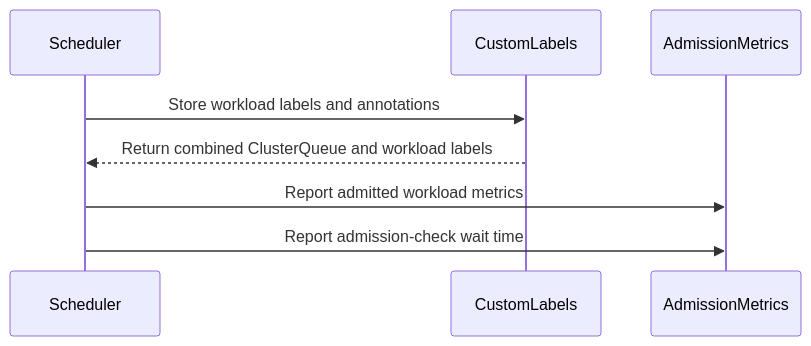
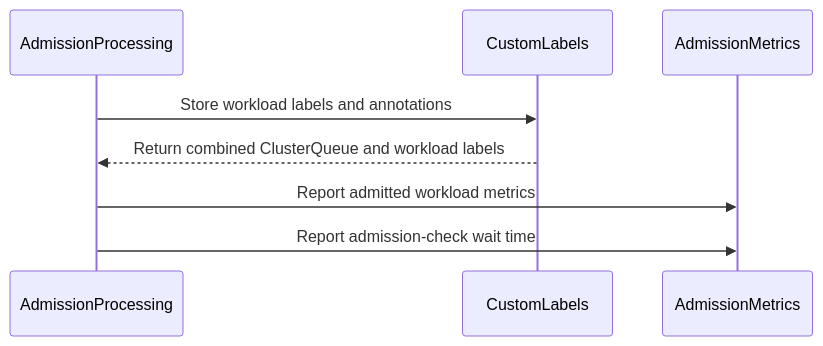
The diagram in raw/github/kubernetes-sigs__kueue/pr-14577.md (reruno/kueue-llm-wiki), drawn with Mermaid before and after one commit. The commit also changed other lines of this file and 952 other files, not shown here.

````diff
--- a/raw/github/kubernetes-sigs__kueue/pr-14577.md
+++ b/raw/github/kubernetes-sigs__kueue/pr-14577.md
@@ -194,10 +170,10 @@
 ```mermaid
 sequenceDiagram
-  participant Scheduler
+  participant AdmissionProcessing
   participant CustomLabels
   participant AdmissionMetrics
-  Scheduler->>CustomLabels: Store workload labels and annotations
-  CustomLabels-->>Scheduler: Return combined ClusterQueue and workload labels
-  Scheduler->>AdmissionMetrics: Report admitted workload metrics
-  Scheduler->>AdmissionMetrics: Report admission-check wait time
+  AdmissionProcessing->>CustomLabels: Store workload labels and annotations
+  CustomLabels-->>AdmissionProcessing: Return combined ClusterQueue and workload labels
+  AdmissionProcessing->>AdmissionMetrics: Report admitted workload metrics
+  AdmissionProcessing->>AdmissionMetrics: Report admission-check wait time
 ```
````
